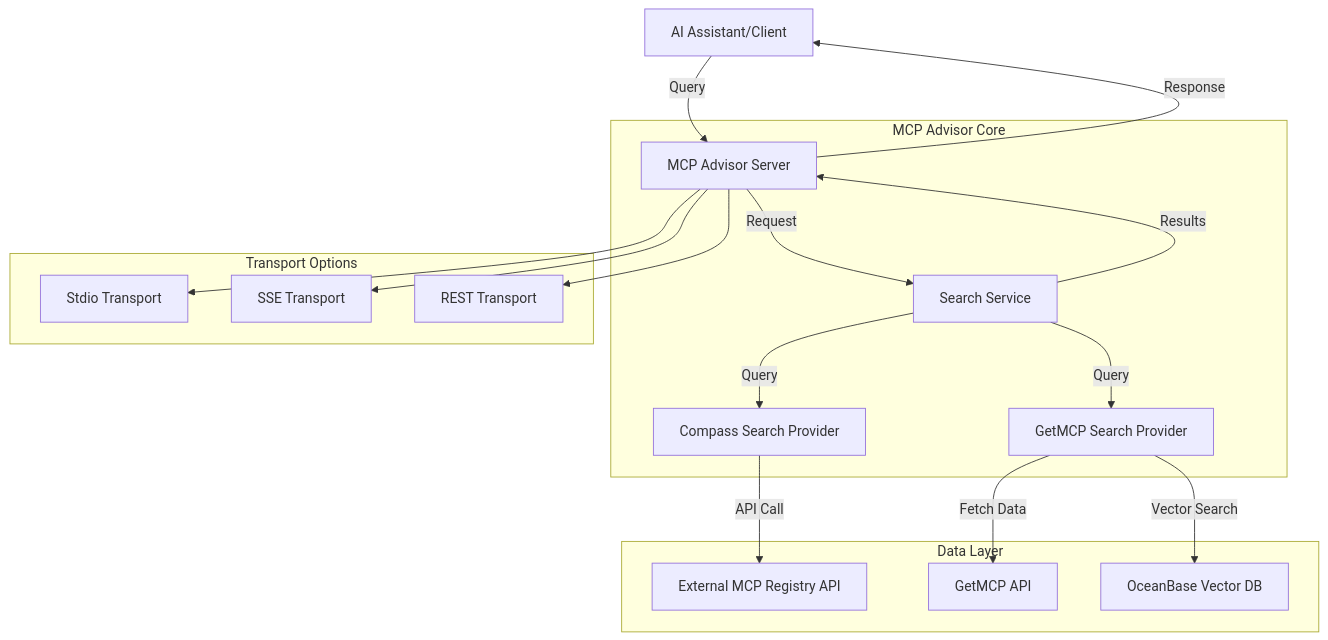
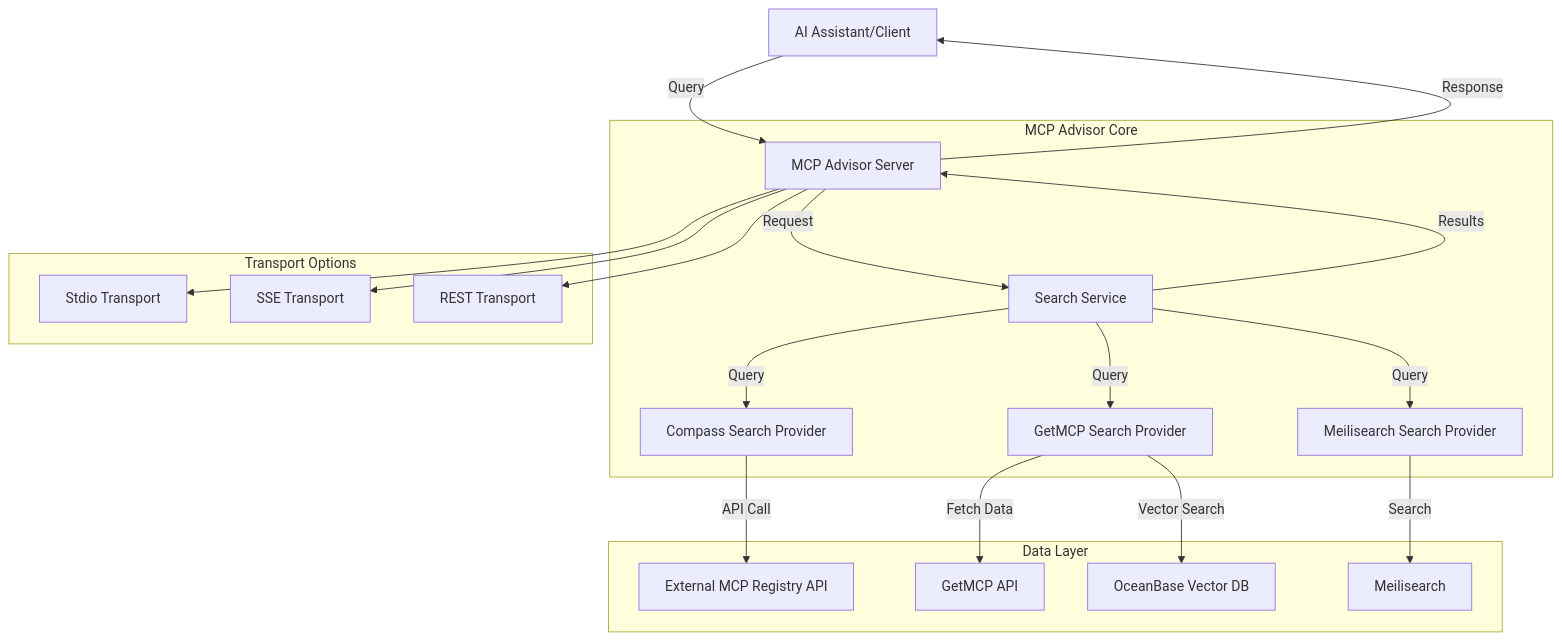
One commit to OI-OS/OI-mcpadvisor changed the first of 2 diagrams in README.md. Above: the diagram before and after it, drawn with Mermaid. The commit also changed other lines of this file and 20 other files, not shown here.

````diff
--- a/README.md
+++ b/README.md
@@ -28,35 +30,39 @@
 ```mermaid
 graph TD
     Client[AI Assistant/Client] --> |Query| Server[MCP Advisor Server]
     Server --> |Request| SearchService[Search Service]
     SearchService --> |Query| Provider1[Compass Search Provider]
     SearchService --> |Query| Provider2[GetMCP Search Provider]
+    SearchService --> |Query| Provider3[Meilisearch Search Provider]
     Provider1 --> |API Call| ExternalAPI[External MCP Registry API]
     Provider2 --> |Fetch Data| GetMCPAPI[GetMCP API]
     Provider2 --> |Vector Search| OceanBase[OceanBase Vector DB]
+    Provider3 --> |Search| Meilisearch[Meilisearch]
     SearchService --> |Results| Server
     Server --> |Response| Client
 
     subgraph "MCP Advisor Core"
         Server
         SearchService
         Provider1
         Provider2
+        Provider3
     end
 
     subgraph "Data Layer"
         GetMCPAPI
         OceanBase
+        Meilisearch
         ExternalAPI
     end
 
     subgraph "Transport Options"
         Stdio[Stdio Transport]
         SSE[SSE Transport]
         REST[REST Transport]
     end
 
     Server --> Stdio
     Server --> SSE
     Server --> REST
 ```
````
